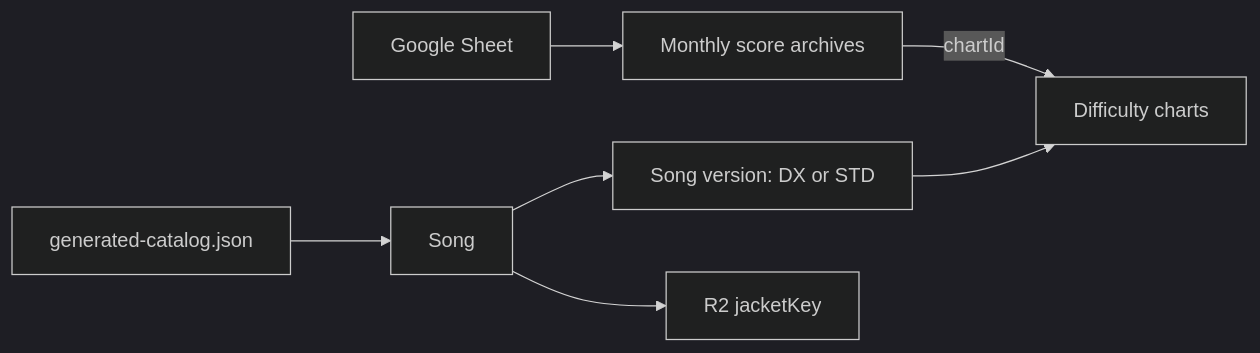
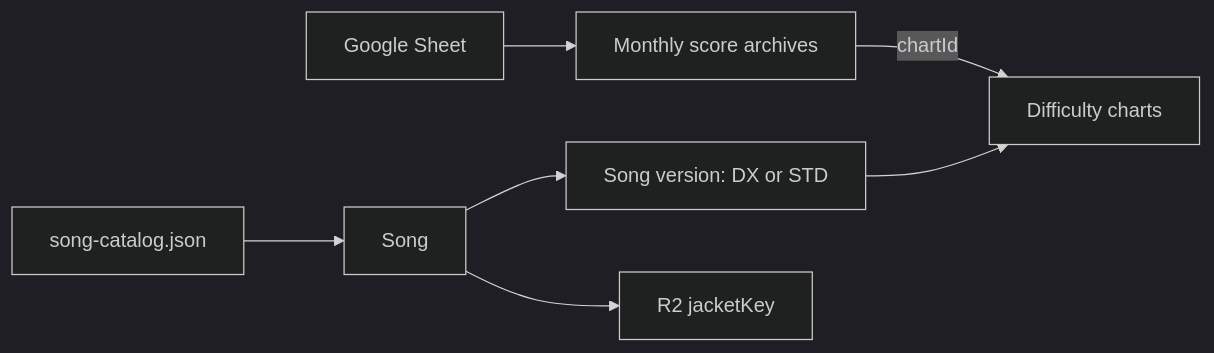
One commit to AllanSunny/maimai-score-gallery changed the diagram in docs/data-model.md. Above: the diagram before and after it, drawn with Mermaid (dark theme). The commit also changed other lines of this file and 14 other files, not shown here.

Commit message:
Update catalog json naming

````diff
--- a/docs/data-model.md
+++ b/docs/data-model.md
@@ -24,9 +24,9 @@
 ```mermaid
 flowchart LR
   Sheet[Google Sheet] --> ScoreArchive[Monthly score archives]
   ScoreArchive -->|chartId| Charts
-  Catalog[generated-catalog.json] --> Song
+  Catalog[song-catalog.json] --> Song
   Song --> Version[Song version: DX or STD]
   Version --> Charts[Difficulty charts]
   Song --> Jacket[R2 jacketKey]
 ```
````
